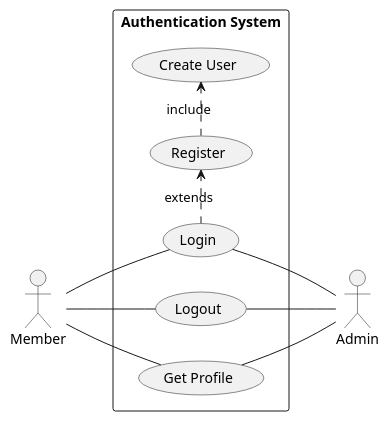
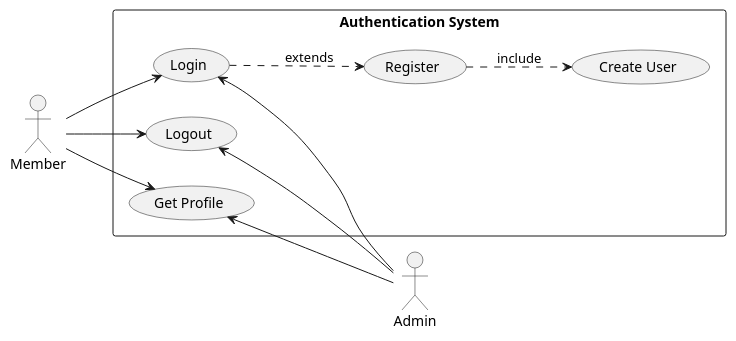
Before and after one commit to fwidjaya20/fazzlearning-uml: the diagram in UseCase/Release01/AuthSubSystem.wsd, drawn with PlantUML. The commit also changed 8 other files, not shown here.

```diff
--- a/UseCase/Release01/AuthSubSystem.wsd
+++ b/UseCase/Release01/AuthSubSystem.wsd
@@ -1,20 +1,25 @@
 @startuml AuthSubSystem
 
 left to right direction
+
+skinparam Monochrome true
+skinparam Shadowing false
 skinparam packageStyle rectangle
+
 actor Admin
 actor Member
+
 rectangle "Authentication System" {
-    Member -- (Login)
-    Member -- (Logout)
-    Member -- (Get Profile)
+    Member --> (Login)
+    Member --> (Logout)
+    Member --> (Get Profile)
 
-    (Login) -- Admin
-    (Logout) -- Admin
-    (Get Profile) -- Admin
+    (Login) <-- Admin
+    (Logout) <-- Admin
+    (Get Profile) <-- Admin
 
-    (Login) .> (Register) : extends
-    (Register) .> (Create User) : include
+    (Login) ..> (Register) : extends
+    (Register) ..> (Create User) : include
 }
 
 @enduml
```
